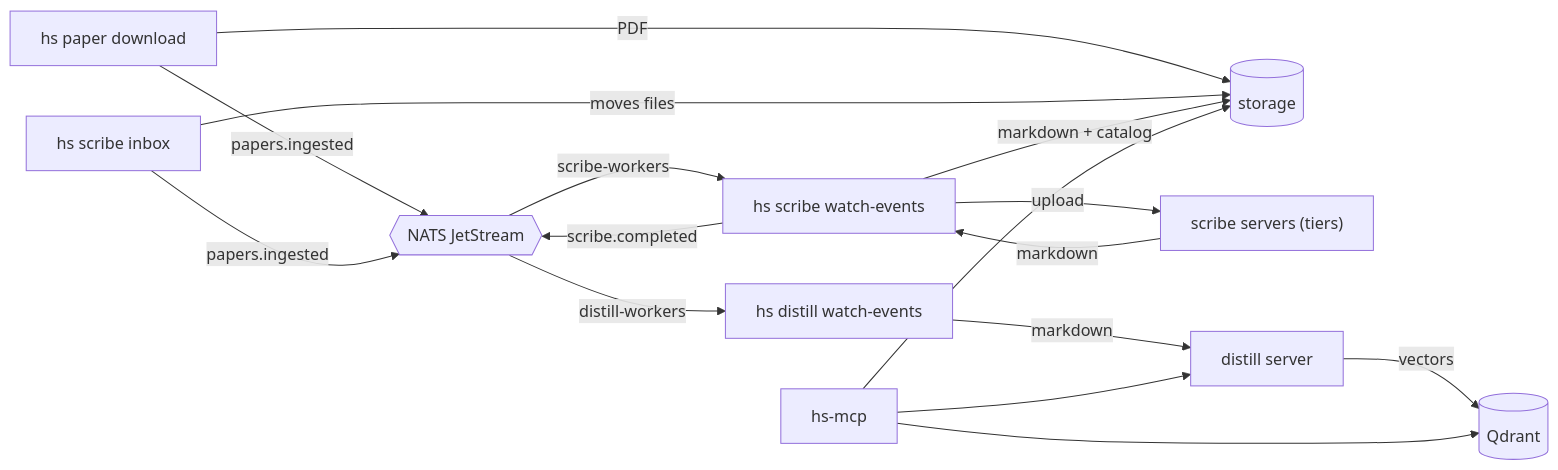
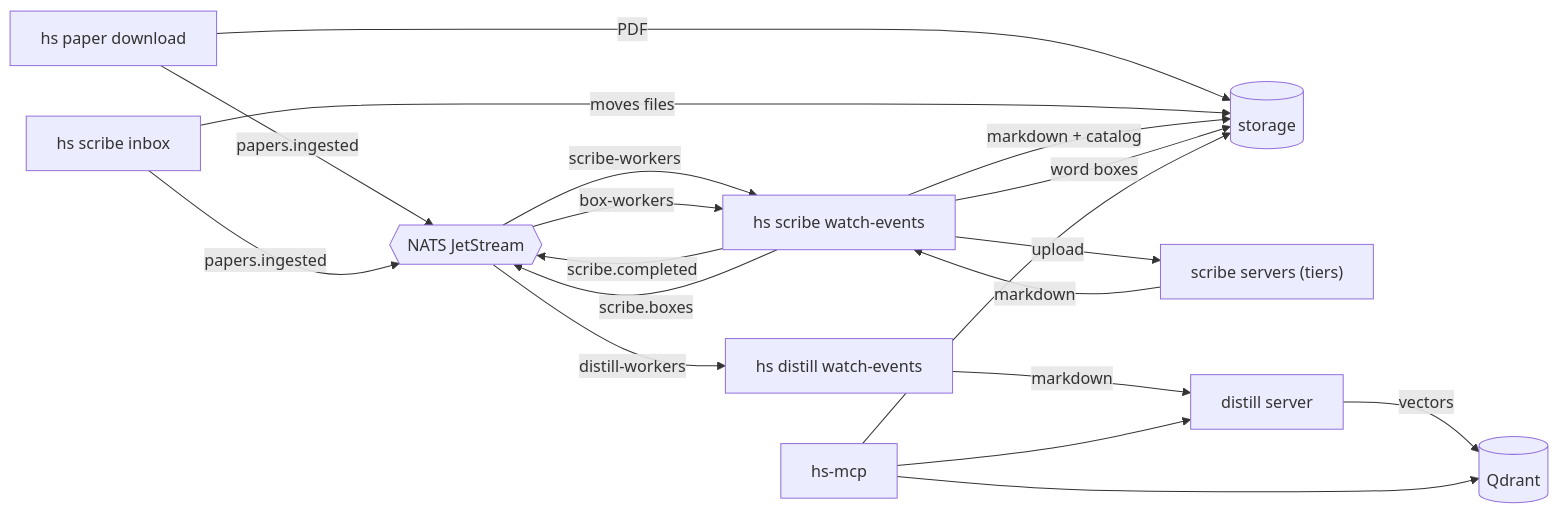
The diagram in docs/explanation/architecture.md (home-still/home), drawn with Mermaid before and after one commit. The commit also changed other lines of this file and 27 other files, not shown here.

First line of the commit message:
Build word boxes from a scribe.boxes queue; hs scribe boxes catch-up and status

````diff
--- a/docs/explanation/architecture.md
+++ b/docs/explanation/architecture.md
@@ -10,18 +10,21 @@
 ```mermaid
 flowchart LR
     dl["hs paper download"] -->|PDF| st[(storage)]
     inbox["hs scribe inbox"] -->|moves files| st
     dl -->|papers.ingested| bus{{NATS JetStream}}
     inbox -->|papers.ingested| bus
     bus -->|scribe-workers| sw["hs scribe watch-events"]
     sw -->|upload| scribe["scribe servers (tiers)"]
     scribe -->|markdown| sw
     sw -->|markdown + catalog| st
     sw -->|scribe.completed| bus
+    sw -->|scribe.boxes| bus
+    bus -->|box-workers| sw
+    sw -->|word boxes| st
     bus -->|distill-workers| dw["hs distill watch-events"]
     dw -->|markdown| distill["distill server"]
     distill -->|vectors| qd[(Qdrant)]
     mcp["hs-mcp"] --> st
     mcp --> distill
     mcp --> qd
 ```
````
